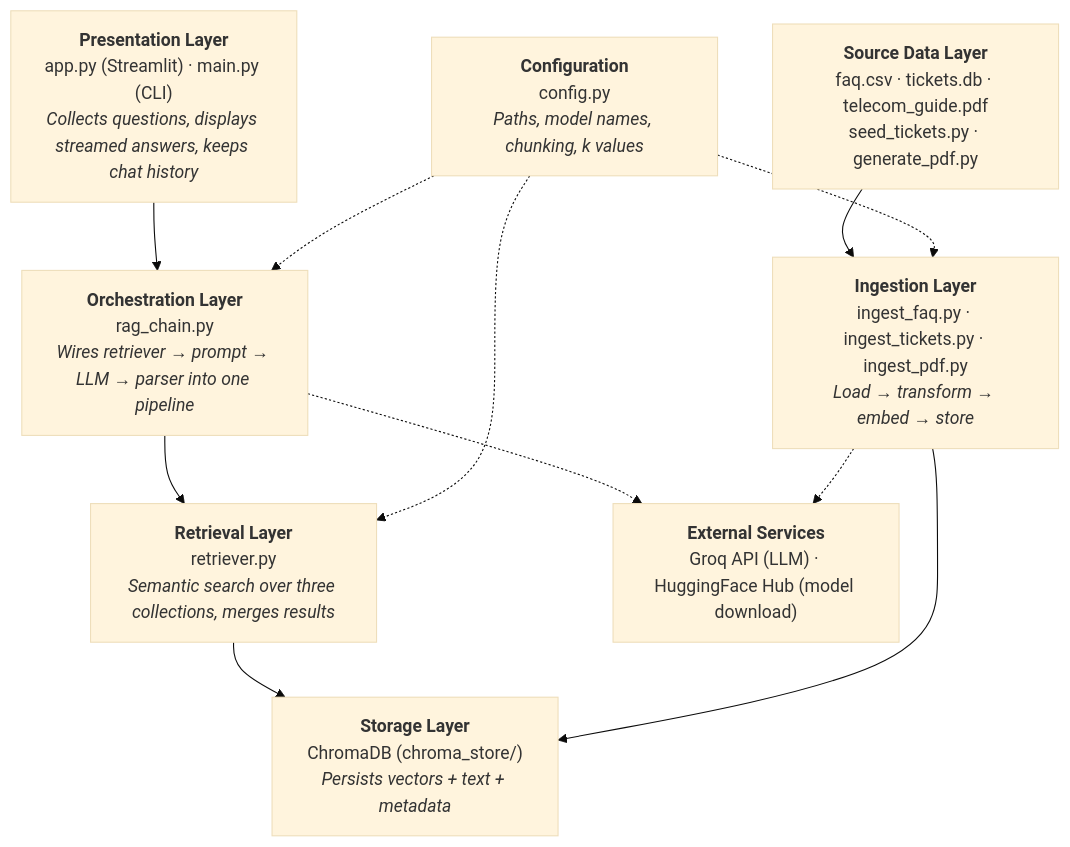
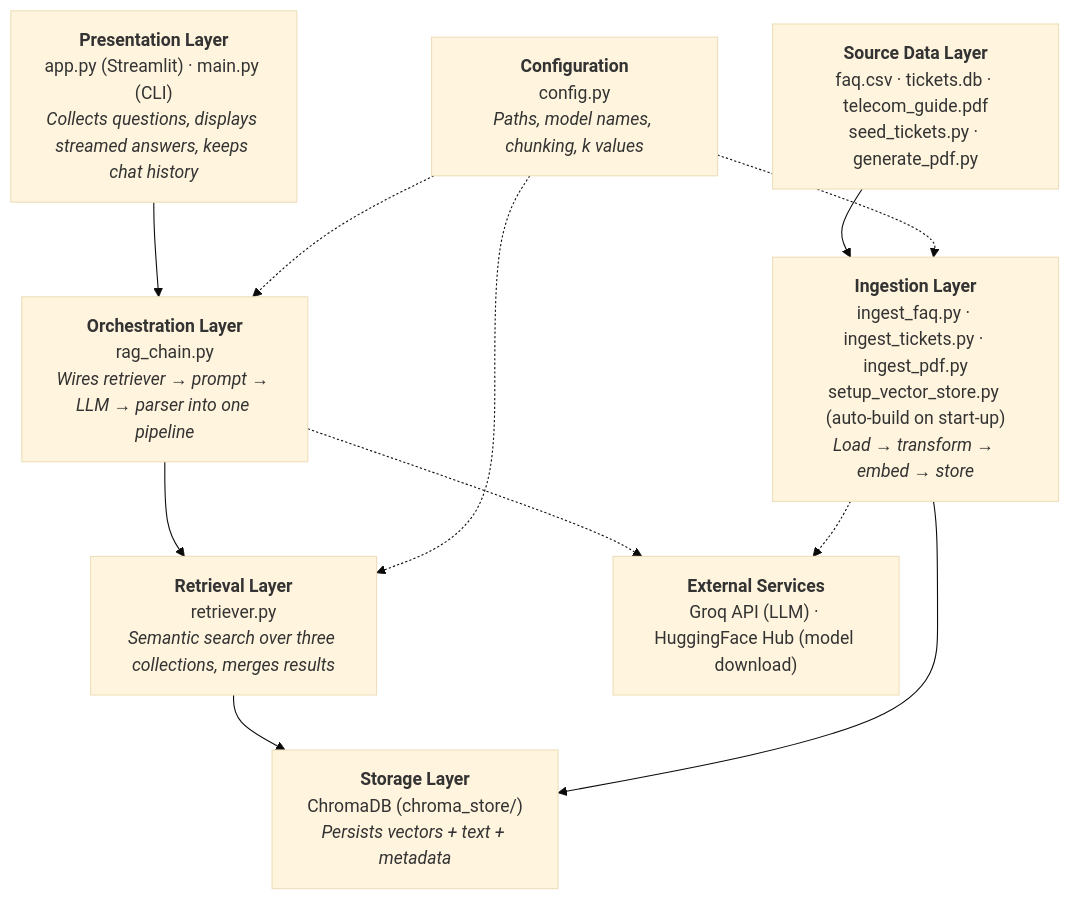
Before and after one commit to pavan-dharimireddy/RAG_Telecom_chat_bot: the second of 8 diagrams in architecture.md, drawn with Mermaid (base theme). The commit also changed other lines of this file and 14 other files, not shown here.

Commit message:
Prepare for deployment: auto-build vector store, CPU-only torch, requirements.txt, SQLite fix

````diff
--- a/architecture.md
+++ b/architecture.md
@@ -75,17 +75,17 @@
 ```mermaid
 flowchart TB
     L1["<b>Presentation Layer</b><br/>app.py (Streamlit) · main.py (CLI)<br/><i>Collects questions, displays streamed answers, keeps chat history</i>"]
     L2["<b>Orchestration Layer</b><br/>rag_chain.py<br/><i>Wires retriever → prompt → LLM → parser into one pipeline</i>"]
     L3["<b>Retrieval Layer</b><br/>retriever.py<br/><i>Semantic search over three collections, merges results</i>"]
     L4["<b>Storage Layer</b><br/>ChromaDB (chroma_store/)<br/><i>Persists vectors + text + metadata</i>"]
-    L5["<b>Ingestion Layer</b><br/>ingest_faq.py · ingest_tickets.py · ingest_pdf.py<br/><i>Load → transform → embed → store</i>"]
+    L5["<b>Ingestion Layer</b><br/>ingest_faq.py · ingest_tickets.py · ingest_pdf.py<br/>setup_vector_store.py (auto-build on start-up)<br/><i>Load → transform → embed → store</i>"]
     L6["<b>Source Data Layer</b><br/>faq.csv · tickets.db · telecom_guide.pdf<br/>seed_tickets.py · generate_pdf.py"]
     EXT["<b>External Services</b><br/>Groq API (LLM) · HuggingFace Hub (model download)"]
     CFG["<b>Configuration</b><br/>config.py<br/><i>Paths, model names, chunking, k values</i>"]
 
     L1 --> L2 --> L3 --> L4
     L6 --> L5 --> L4
     L2 -.-> EXT
     L5 -.-> EXT
     CFG -.-> L2 & L3 & L5
 ```
````
